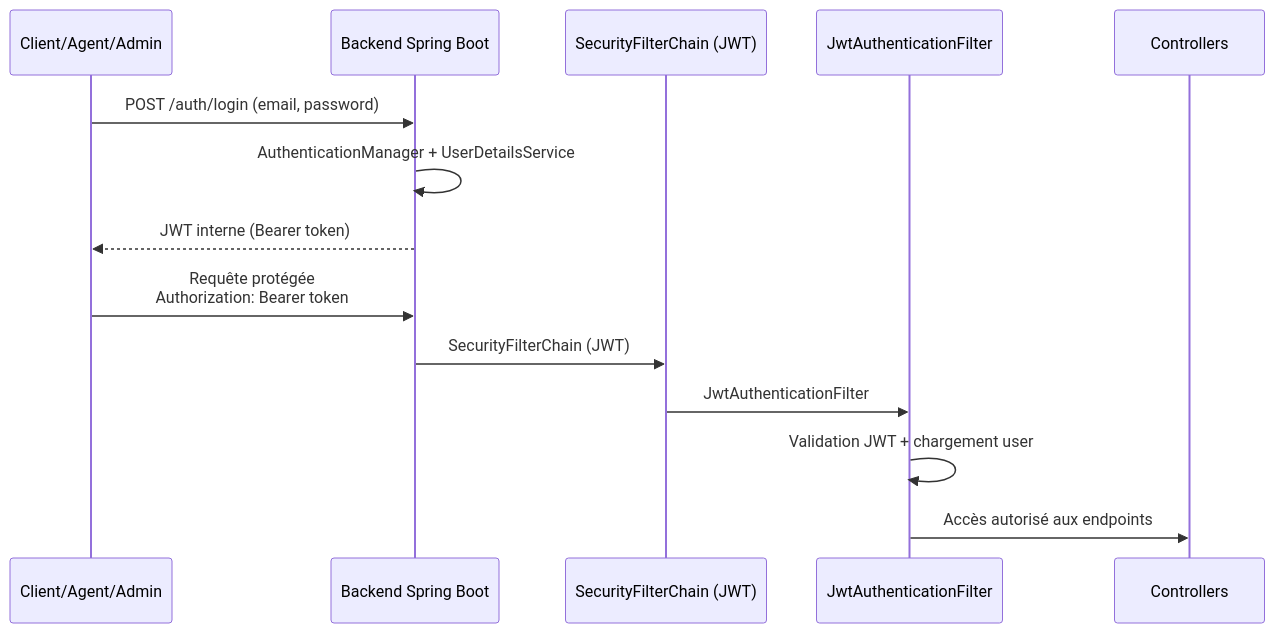
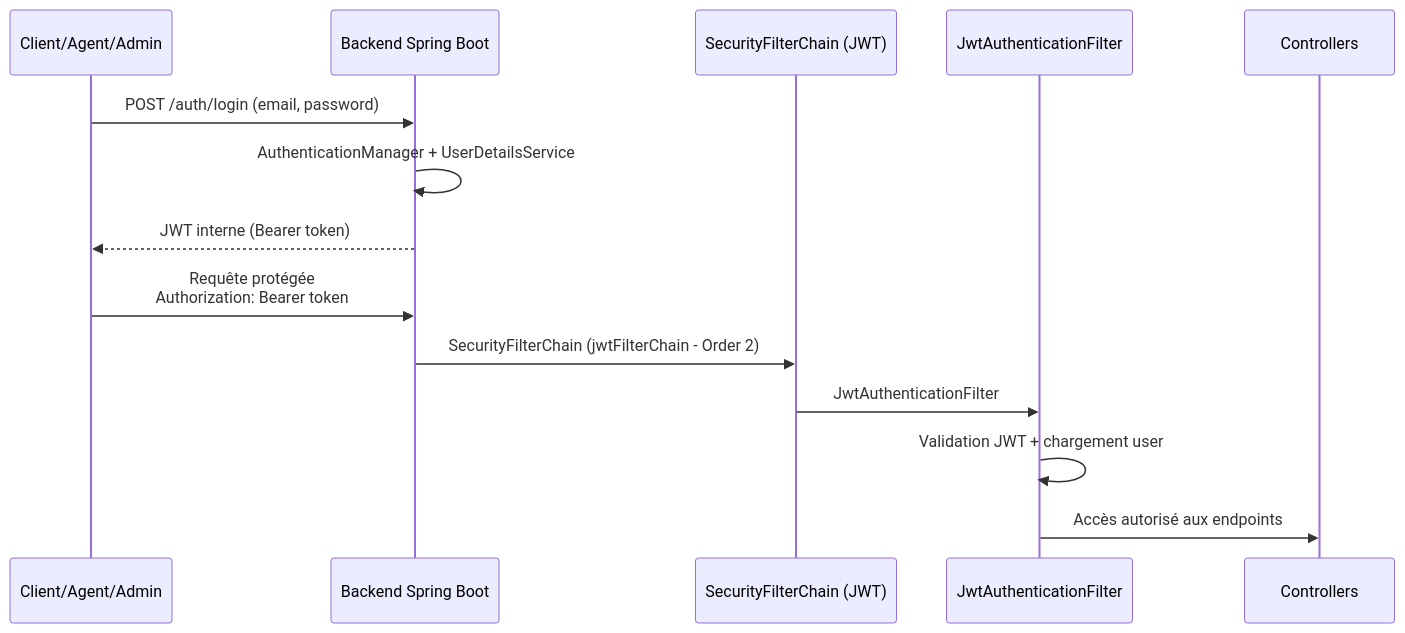
The second of 3 diagrams in README.md (saalmahm/albaraka-digital-bank-backend), drawn with Mermaid before and after one commit. The commit also changed other lines of this file, not shown here.

````diff
--- a/README.md
+++ b/README.md
@@ -62,18 +126,18 @@
 ```mermaid
 sequenceDiagram
     participant U as Client/Agent/Admin
     participant B as Backend Spring Boot
-    participant S as SecurityFilterChain (JWT)
+    participant S2 as SecurityFilterChain (JWT)
     participant F as JwtAuthenticationFilter
     participant C as Controllers
 
     U->>B: POST /auth/login (email, password)
     B->>B: AuthenticationManager + UserDetailsService
     B-->>U: JWT interne (Bearer token)
 
     U->>B: Requête protégée<br/>Authorization: Bearer token
-    B->>S: SecurityFilterChain (JWT)
-    S->>F: JwtAuthenticationFilter
+    B->>S2: SecurityFilterChain (jwtFilterChain - Order 2)
+    S2->>F: JwtAuthenticationFilter
     F->>F: Validation JWT + chargement user
     F->>C: Accès autorisé aux endpoints
 ```
````
